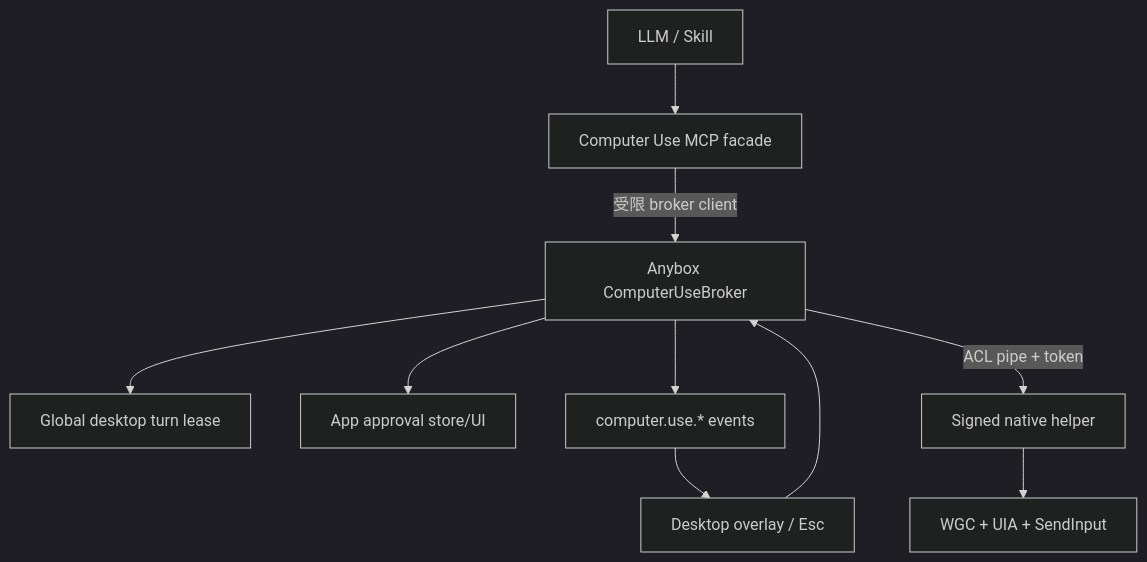
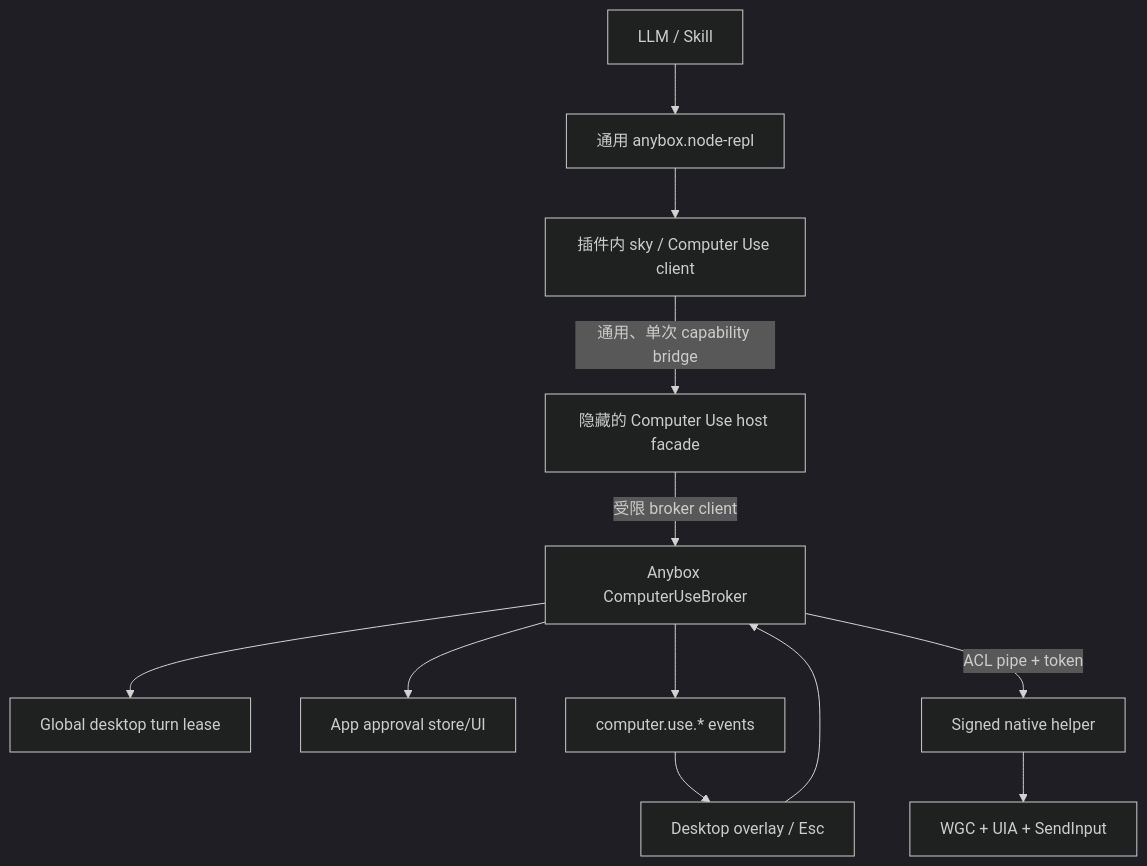
One commit to fanfan-de/anybox changed the fourth of 5 diagrams in docs/codex-computer-use-anybox-development-report.md. Above: the diagram before and after it, drawn with Mermaid (dark theme). The commit also changed other lines of this file and 153 other files, not shown here.

````diff
--- a/docs/codex-computer-use-anybox-development-report.md
+++ b/docs/codex-computer-use-anybox-development-report.md
@@ -747,12 +749,14 @@
 ```mermaid
 flowchart TD
-    L["LLM / Skill"] --> MCP["Computer Use MCP facade"]
+    L["LLM / Skill"] --> REPL["通用 anybox.node-repl"]
+    REPL --> SKY["插件内 sky / Computer Use client"]
+    SKY -->|"通用、单次 capability bridge"| MCP["隐藏的 Computer Use host facade"]
     MCP -->|"受限 broker client"| B["Anybox ComputerUseBroker"]
     B --> LEASE["Global desktop turn lease"]
     B --> APPROVAL["App approval store/UI"]
     B --> EVENTS["computer.use.* events"]
     B -->|"ACL pipe + token"| H["Signed native helper"]
     H --> OS["WGC + UIA + SendInput"]
     EVENTS --> DESKTOP["Desktop overlay / Esc"]
     DESKTOP --> B
 ```
````
